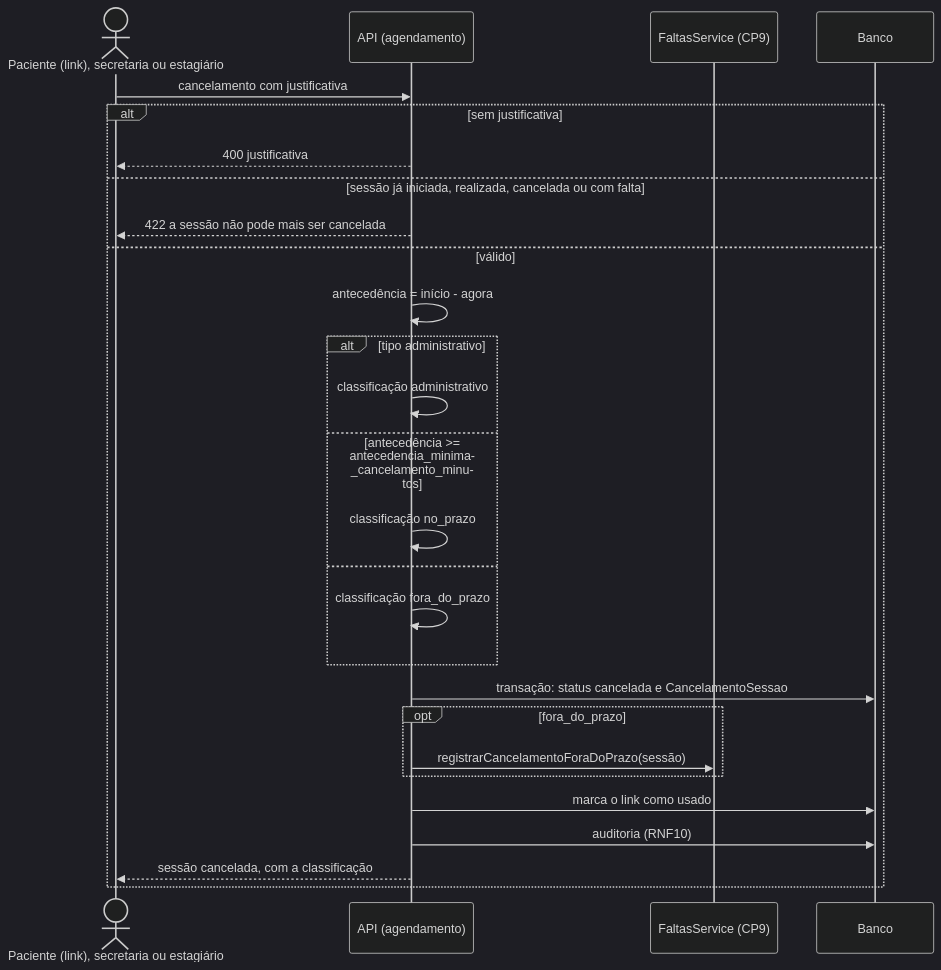
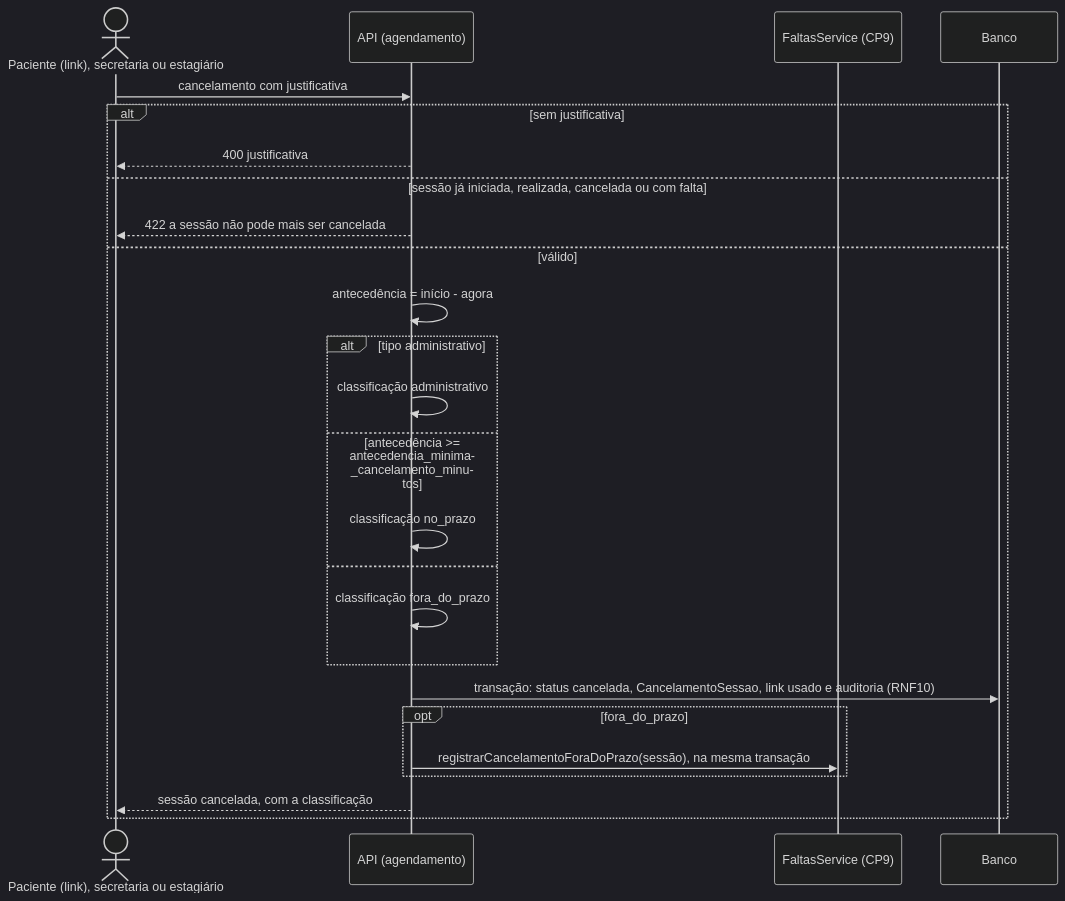
The tenth of 24 diagrams in documentacao/docs/unidade-3/projeto-features-ciclo-4.md (mdsreq-fga-unb/REQ-2026.2-T02-ClinicaEscolaFBr), drawn with Mermaid (dark theme) before and after one commit. The commit also changed other lines of this file and 3 other files, not shown here.

````diff
--- a/documentacao/docs/unidade-3/projeto-features-ciclo-4.md
+++ b/documentacao/docs/unidade-3/projeto-features-ciclo-4.md
@@ -417,29 +431,27 @@
 ```mermaid
 sequenceDiagram
     actor U as Paciente (link), secretaria ou estagiário
     participant A as API (agendamento)
     participant F as FaltasService (CP9)
     participant DB as Banco
     U->>A: cancelamento com justificativa
     alt sem justificativa
         A-->>U: 400 justificativa
     else sessão já iniciada, realizada, cancelada ou com falta
         A-->>U: 422 a sessão não pode mais ser cancelada
     else válido
         A->>A: antecedência = início - agora
         alt tipo administrativo
             A->>A: classificação administrativo
         else antecedência >= antecedencia_minima_cancelamento_minutos
             A->>A: classificação no_prazo
         else
             A->>A: classificação fora_do_prazo
         end
-        A->>DB: transação: status cancelada e CancelamentoSessao
+        A->>DB: transação: status cancelada, CancelamentoSessao, link usado e auditoria (RNF10)
         opt fora_do_prazo
-            A->>F: registrarCancelamentoForaDoPrazo(sessão)
+            A->>F: registrarCancelamentoForaDoPrazo(sessão), na mesma transação
         end
-        A->>DB: marca o link como usado
-        A->>DB: auditoria (RNF10)
         A-->>U: sessão cancelada, com a classificação
     end
 ```
````
